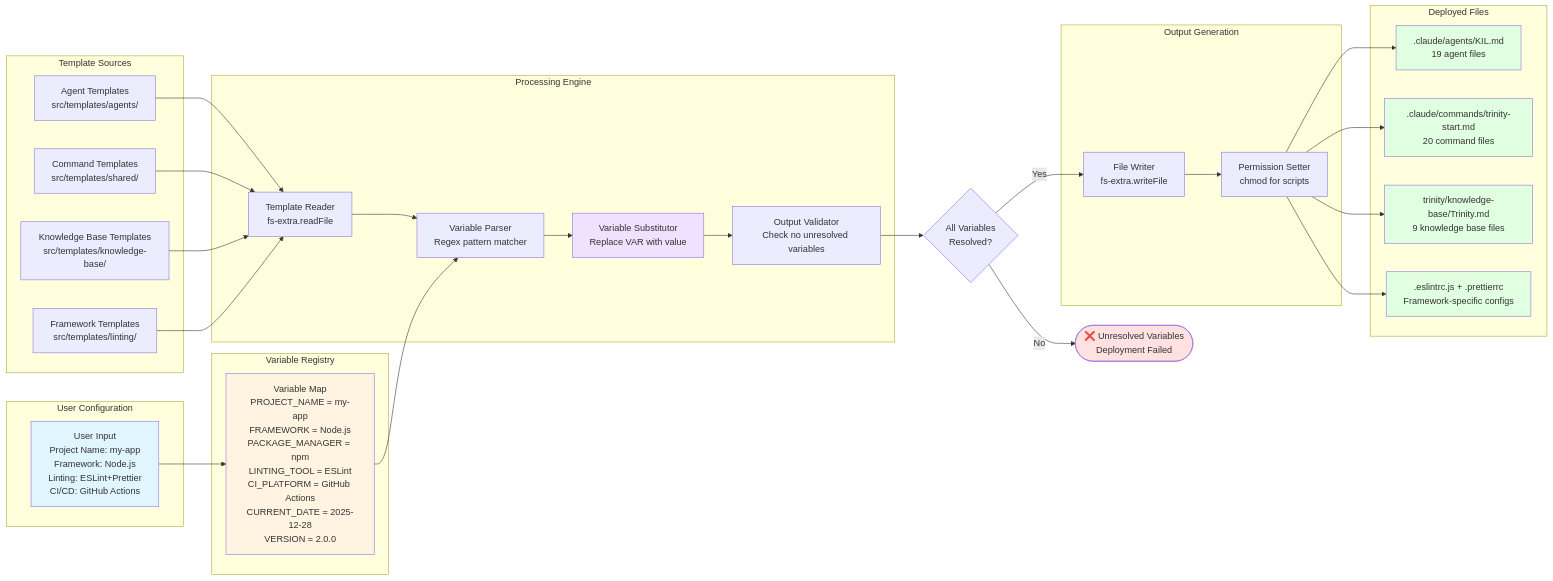
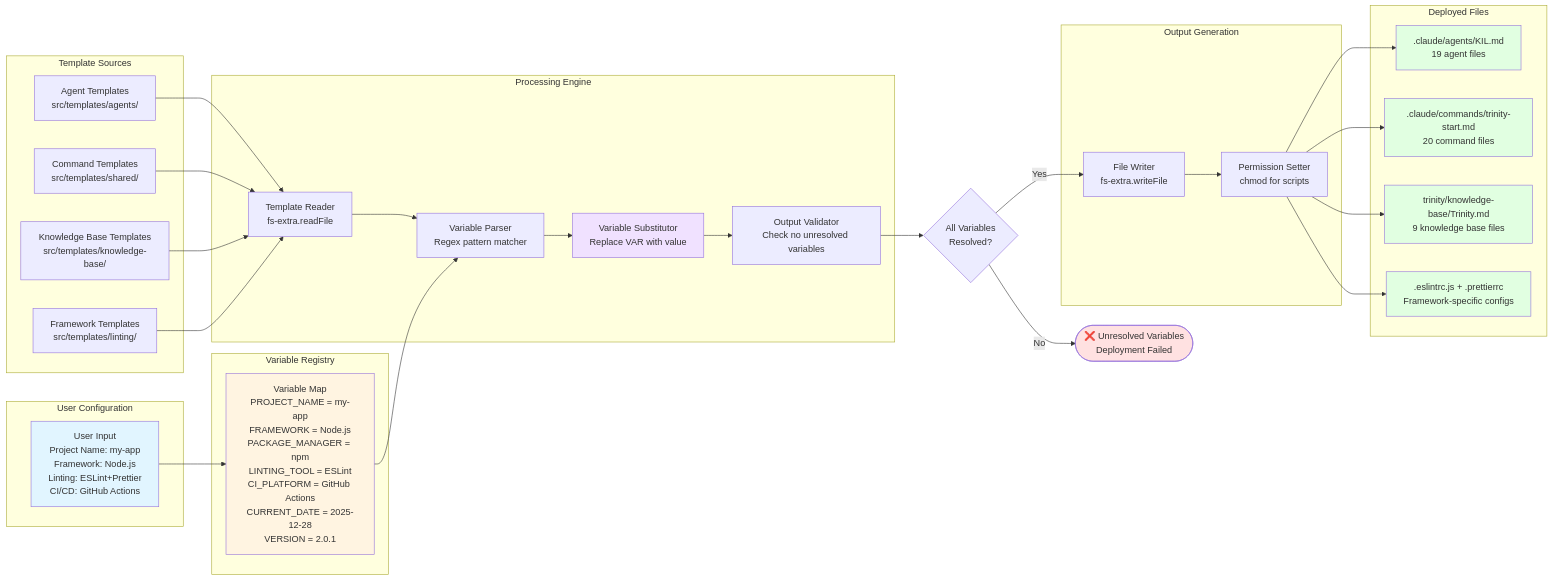
Before and after one commit to lukadfagundes/trinity-method-sdk: the diagram in docs/images/template-processing-pipeline.md, drawn with Mermaid. The commit also changed other lines of this file and 26 other files, not shown here.

````diff
--- a/docs/images/template-processing-pipeline.md
+++ b/docs/images/template-processing-pipeline.md
@@ -3,66 +3,66 @@
 ```mermaid
 flowchart LR
     subgraph "Template Sources"
         T1[Agent Templates<br/>src/templates/agents/]
         T2[Command Templates<br/>src/templates/shared/]
         T3[Knowledge Base Templates<br/>src/templates/knowledge-base/]
         T4[Framework Templates<br/>src/templates/linting/]
     end
 
     subgraph "User Configuration"
         CONFIG[User Input<br/>Project Name: my-app<br/>Framework: Node.js<br/>Linting: ESLint+Prettier<br/>CI/CD: GitHub Actions]
     end
 
     subgraph "Variable Registry"
-        VARS["Variable Map<br/>PROJECT_NAME = my-app<br/>FRAMEWORK = Node.js<br/>PACKAGE_MANAGER = npm<br/>LINTING_TOOL = ESLint<br/>CI_PLATFORM = GitHub Actions<br/>CURRENT_DATE = 2025-12-28<br/>VERSION = 2.0.0"]
+        VARS["Variable Map<br/>PROJECT_NAME = my-app<br/>FRAMEWORK = Node.js<br/>PACKAGE_MANAGER = npm<br/>LINTING_TOOL = ESLint<br/>CI_PLATFORM = GitHub Actions<br/>CURRENT_DATE = 2025-12-28<br/>VERSION = 2.0.1"]
     end
 
     subgraph "Processing Engine"
         READER[Template Reader<br/>fs-extra.readFile]
         PARSER["Variable Parser<br/>Regex pattern matcher"]
         SUBSTITUTOR["Variable Substitutor<br/>Replace VAR with value"]
         VALIDATOR["Output Validator<br/>Check no unresolved variables"]
     end
 
     subgraph "Output Generation"
         WRITER[File Writer<br/>fs-extra.writeFile]
         PERMS[Permission Setter<br/>chmod for scripts]
     end
 
     subgraph "Deployed Files"
         OUT1[.claude/agents/KIL.md<br/>19 agent files]
         OUT2[.claude/commands/trinity-start.md<br/>20 command files]
         OUT3[trinity/knowledge-base/Trinity.md<br/>9 knowledge base files]
         OUT4[.eslintrc.js + .prettierrc<br/>Framework-specific configs]
     end
 
     CONFIG --> VARS
     T1 --> READER
     T2 --> READER
     T3 --> READER
     T4 --> READER
 
     READER --> PARSER
     VARS --> PARSER
     PARSER --> SUBSTITUTOR
     SUBSTITUTOR --> VALIDATOR
 
     VALIDATOR --> DECISION{All Variables<br/>Resolved?}
     DECISION -->|No| ERROR([❌ Unresolved Variables<br/>Deployment Failed])
     DECISION -->|Yes| WRITER
 
     WRITER --> PERMS
     PERMS --> OUT1
     PERMS --> OUT2
     PERMS --> OUT3
     PERMS --> OUT4
 
     style CONFIG fill:#e1f5ff
     style VARS fill:#fff4e1
     style SUBSTITUTOR fill:#f0e1ff
     style OUT1 fill:#e1ffe1
     style OUT2 fill:#e1ffe1
     style OUT3 fill:#e1ffe1
     style OUT4 fill:#e1ffe1
     style ERROR fill:#ffe1e1
 ```
````
